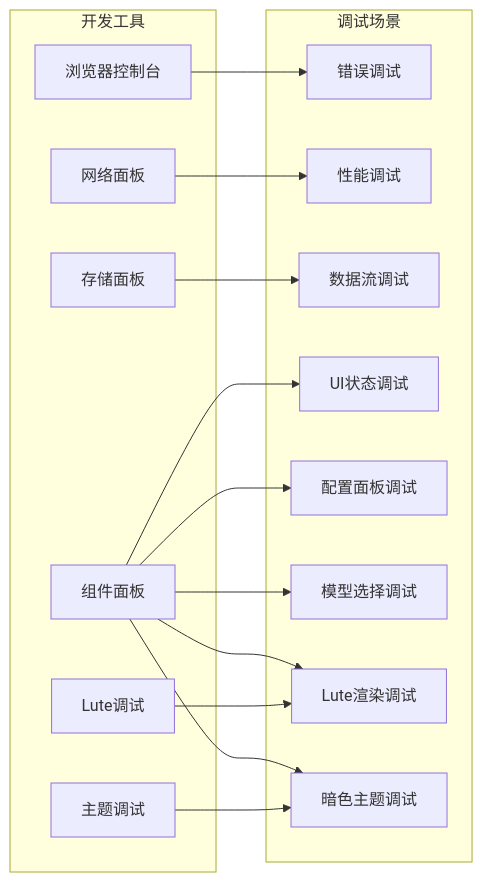
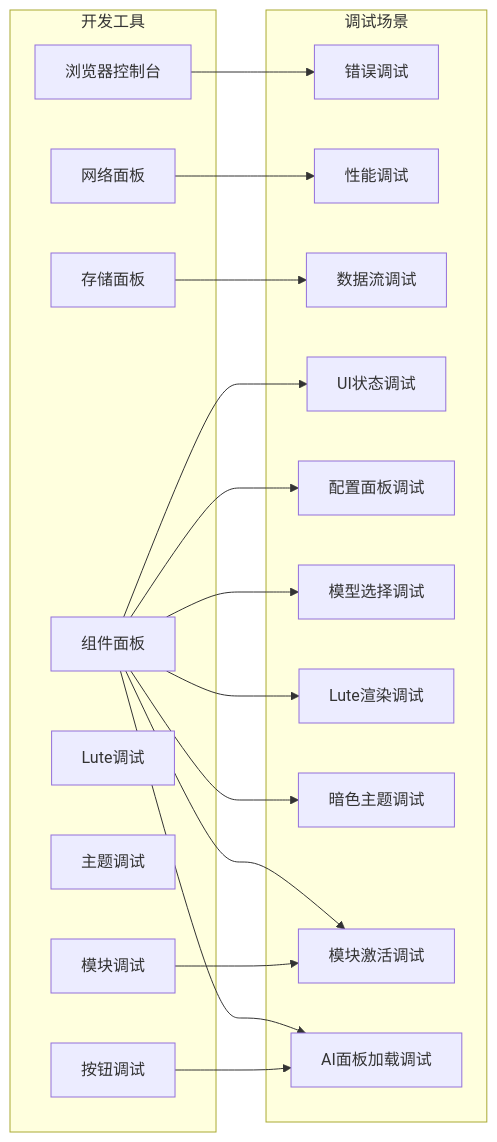
One commit to terwer/siyuan-plugin-blog changed diagram 34 of 34 in .qoder/repowiki/zh/content/核心功能/AI助手系统.md. Above: the diagram before and after it, drawn with Mermaid. The commit also changed other lines of this file and 5 other files, not shown here.

````diff
--- a/.qoder/repowiki/zh/content/核心功能/AI助手系统.md
+++ b/.qoder/repowiki/zh/content/核心功能/AI助手系统.md
@@ -1019,31 +1308,37 @@
 ```mermaid
 flowchart LR
 subgraph "开发工具"
 Console[浏览器控制台]
 Network[网络面板]
 Storage[存储面板]
 Components[组件面板]
 LuteDebug[Lute调试]
 ThemeDebug[主题调试]
+ModuleDebug[模块调试]
+ButtonDebug[按钮调试]
 end
 subgraph "调试场景"
 Error[错误调试]
 Performance[性能调试]
 DataFlow[数据流调试]
 UIState[UI状态调试]
 ConfigPanel[配置面板调试]
 ModelSelection[模型选择调试]
 LuteRendering[Lute渲染调试]
 DarkTheme[暗色主题调试]
+ModuleActivation[模块激活调试]
+AIPanelLoading[AI面板加载调试]
 end
 Console --> Error
 Network --> Performance
 Storage --> DataFlow
 Components --> UIState
 Components --> ConfigPanel
 Components --> ModelSelection
 Components --> LuteRendering
 Components --> DarkTheme
-LuteDebug --> LuteRendering
-ThemeDebug --> DarkTheme
+Components --> ModuleActivation
+Components --> AIPanelLoading
+ModuleDebug --> ModuleActivation
+ButtonDebug --> AIPanelLoading
 ```
````
